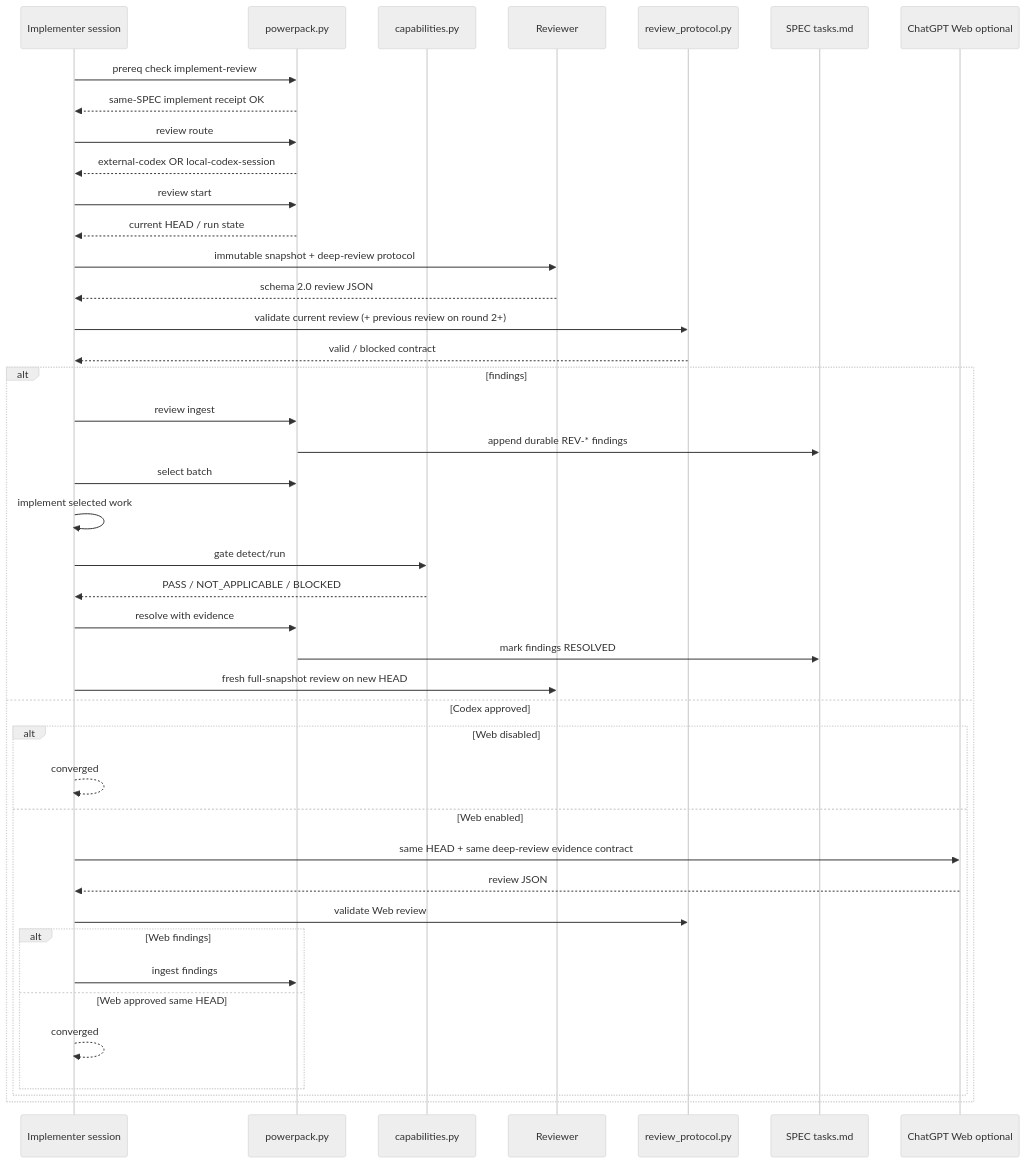
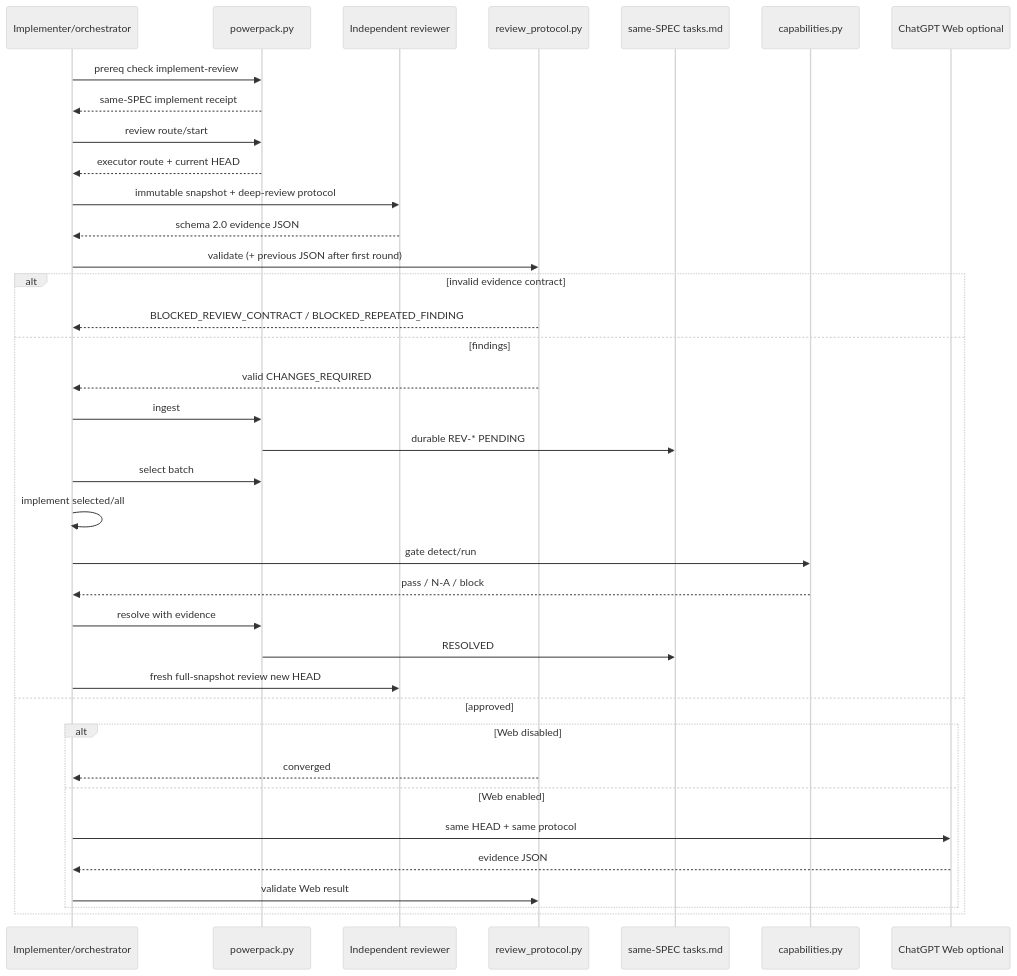
Before and after one commit to ds1david/speckit-powerpack: the fifth of 10 diagrams in docs/PROCESS_ARCHITECTURE.md, drawn with Mermaid (neutral theme). The commit also changed other lines of this file, not shown here.

````diff
--- a/docs/PROCESS_ARCHITECTURE.md
+++ b/docs/PROCESS_ARCHITECTURE.md
@@ -177,45 +179,40 @@
 ```mermaid
 sequenceDiagram
-    participant I as Implementer session
+    participant I as Implementer/orchestrator
     participant P as powerpack.py
+    participant R as Independent reviewer
+    participant V as review_protocol.py
+    participant T as same-SPEC tasks.md
     participant C as capabilities.py
-    participant R as Reviewer
-    participant V as review_protocol.py
-    participant T as SPEC tasks.md
     participant W as ChatGPT Web optional
 
     I->>P: prereq check implement-review
-    P-->>I: same-SPEC implement receipt OK
-    I->>P: review route
-    P-->>I: external-codex OR local-codex-session
-    I->>P: review start
-    P-->>I: current HEAD / run state
+    P-->>I: same-SPEC implement receipt
+    I->>P: review route/start
+    P-->>I: executor route + current HEAD
     I->>R: immutable snapshot + deep-review protocol
-    R-->>I: schema 2.0 review JSON
-    I->>V: validate current review (+ previous review on round 2+)
-    V-->>I: valid / blocked contract
-    alt findings
-        I->>P: review ingest
-        P->>T: append durable REV-* findings
+    R-->>I: schema 2.0 evidence JSON
+    I->>V: validate (+ previous JSON after first round)
+    alt invalid evidence contract
+        V-->>I: BLOCKED_REVIEW_CONTRACT / BLOCKED_REPEATED_FINDING
+    else findings
+        V-->>I: valid CHANGES_REQUIRED
+        I->>P: ingest
+        P->>T: durable REV-* PENDING
         I->>P: select batch
-        I->>I: implement selected work
+        I->>I: implement selected/all
         I->>C: gate detect/run
-        C-->>I: PASS / NOT_APPLICABLE / BLOCKED
+        C-->>I: pass / N-A / block
         I->>P: resolve with evidence
-        P->>T: mark findings RESOLVED
-        I->>R: fresh full-snapshot review on new HEAD
-    else Codex approved
+        P->>T: RESOLVED
+        I->>R: fresh full-snapshot review new HEAD
+    else approved
         alt Web disabled
-            I-->>I: converged
+            V-->>I: converged
         else Web enabled
-            I->>W: same HEAD + same deep-review evidence contract
-            W-->>I: review JSON
-            I->>V: validate Web review
-            alt Web findings
-                I->>P: ingest findings
-            else Web approved same HEAD
-                I-->>I: converged
-            end
+            I->>W: same HEAD + same protocol
+            W-->>I: evidence JSON
+            I->>V: validate Web result
         end
     end
 ```
````
